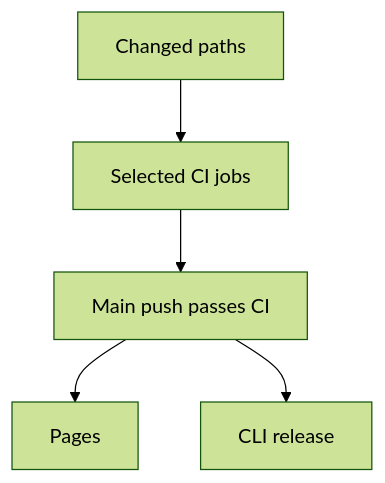
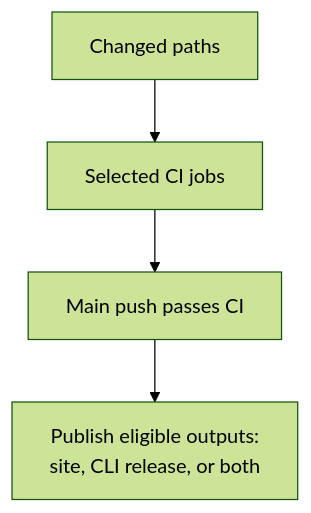
Before and after one commit to sneivandt/dotfiles: the diagram in docs/content/development/ci-and-releases.md, drawn with Mermaid (forest theme). The commit also changed 2 other files, not shown here.

Commit message:
Keep diagram branches readable without horizontal scrolling

````diff
--- a/docs/content/development/ci-and-releases.md
+++ b/docs/content/development/ci-and-releases.md
@@ -25,9 +25,8 @@
 ```mermaid
 flowchart TB
     accTitle: CI gates documentation and binary publication separately
     accDescr: Changed paths select CI jobs. After successful same-repository push CI on main, Pages deploys a built site only while its commit is current. Release selection separately checks for pending binary or publishing changes.
     Changes["Changed paths"] --> Jobs["Selected CI jobs"]
     Jobs --> Gate["Main push passes CI"]
-    Gate --> Docs["Pages"]
-    Gate --> Release["CLI release"]
+    Gate --> Publish["Publish eligible outputs:<br/>site, CLI release, or both"]
 ```
````
